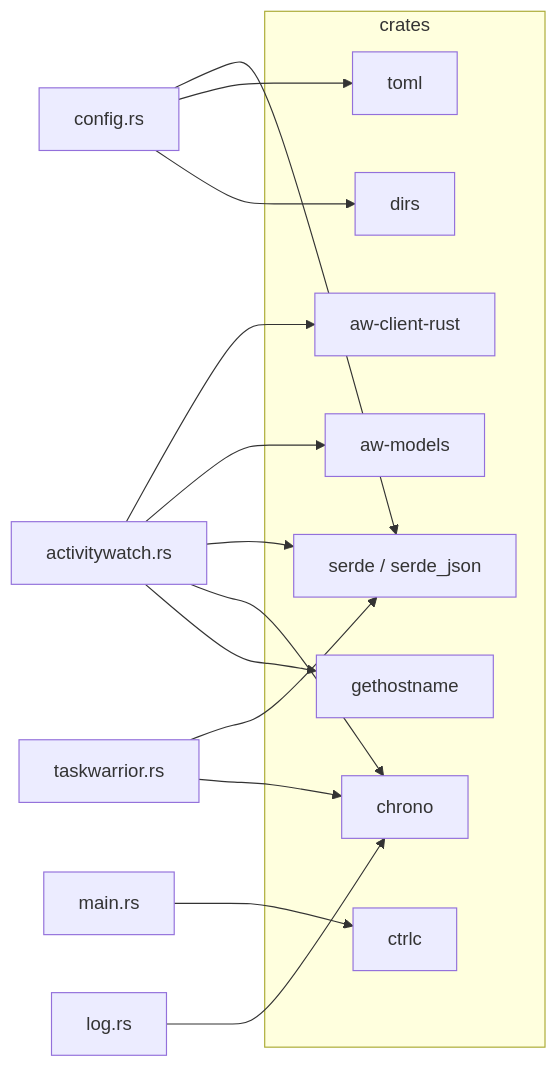
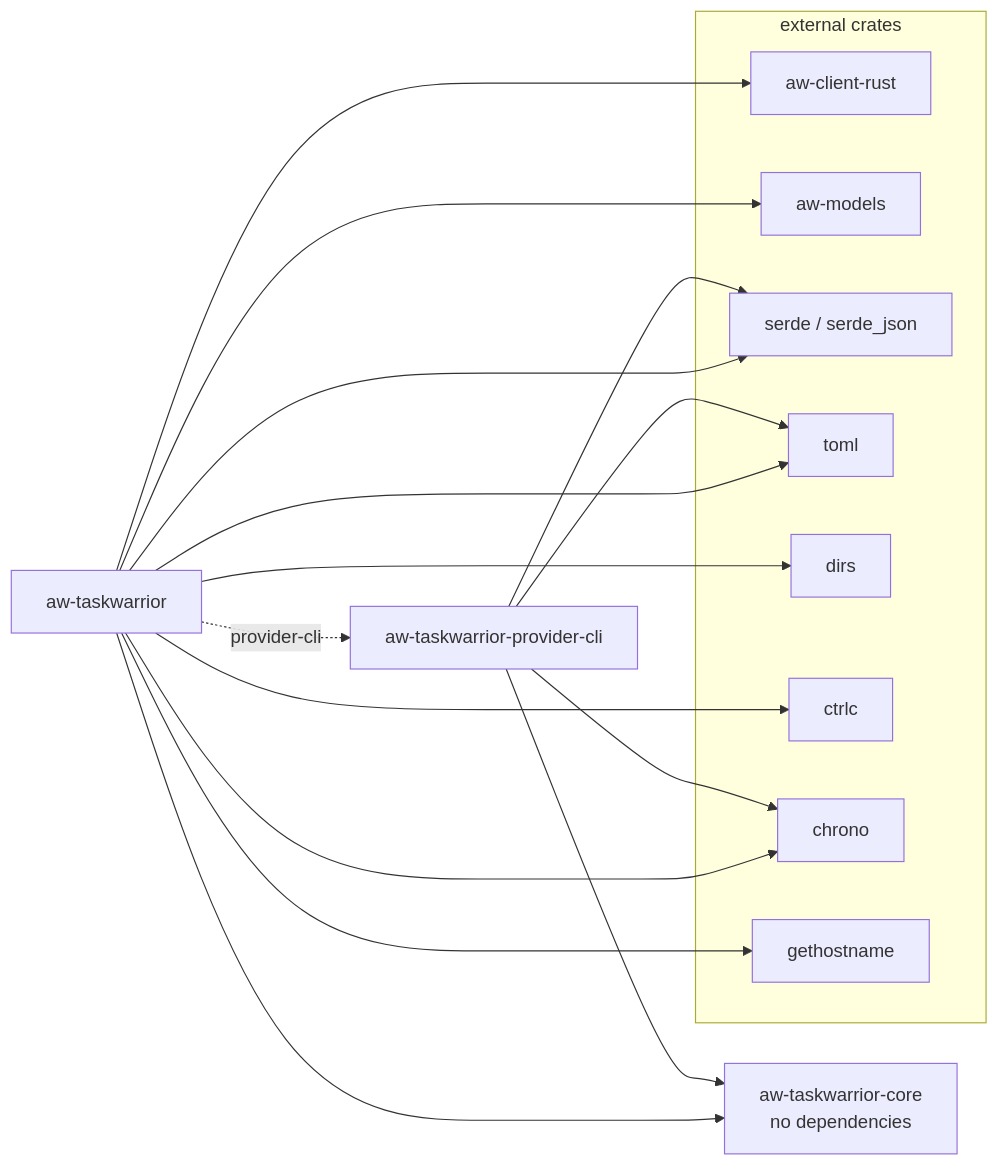
The diagram in docs/dependencies.md (emirhg/aw-taskwarrior), drawn with Mermaid before and after one commit. The commit also changed other lines of this file and 18 other files, not shown here.

````diff
--- a/docs/dependencies.md
+++ b/docs/dependencies.md
@@ -23,25 +43,28 @@
 ```mermaid
 flowchart LR
-    subgraph crates[crates]
+    subgraph crates[external crates]
         awc[aw-client-rust]
         awm[aw-models]
         serde[serde / serde_json]
         toml[toml]
         dirs[dirs]
         ctrlc[ctrlc]
         chrono[chrono]
         gh[gethostname]
     end
-    main[main.rs] --> ctrlc
-    config[config.rs] --> serde
-    config --> toml
-    config --> dirs
-    taskwarrior[taskwarrior.rs] --> serde
-    taskwarrior --> chrono
-    activitywatch[activitywatch.rs] --> awc
-    activitywatch --> awm
-    activitywatch --> serde
-    activitywatch --> chrono
-    activitywatch --> gh
-    log[log.rs] --> chrono
+    core[aw-taskwarrior-core<br/>no dependencies]
+    cli[aw-taskwarrior-provider-cli] --> core
+    cli --> serde
+    cli --> toml
+    cli --> chrono
+    watcher[aw-taskwarrior] --> core
+    watcher -. provider-cli .-> cli
+    watcher --> ctrlc
+    watcher --> dirs
+    watcher --> toml
+    watcher --> awc
+    watcher --> awm
+    watcher --> serde
+    watcher --> chrono
+    watcher --> gh
 ```
````
